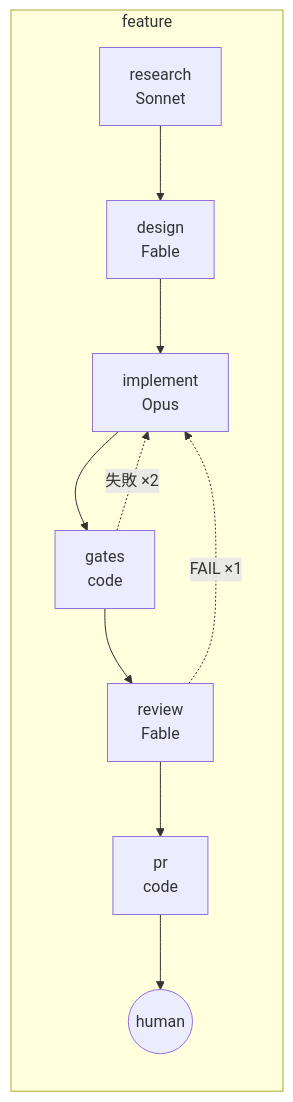
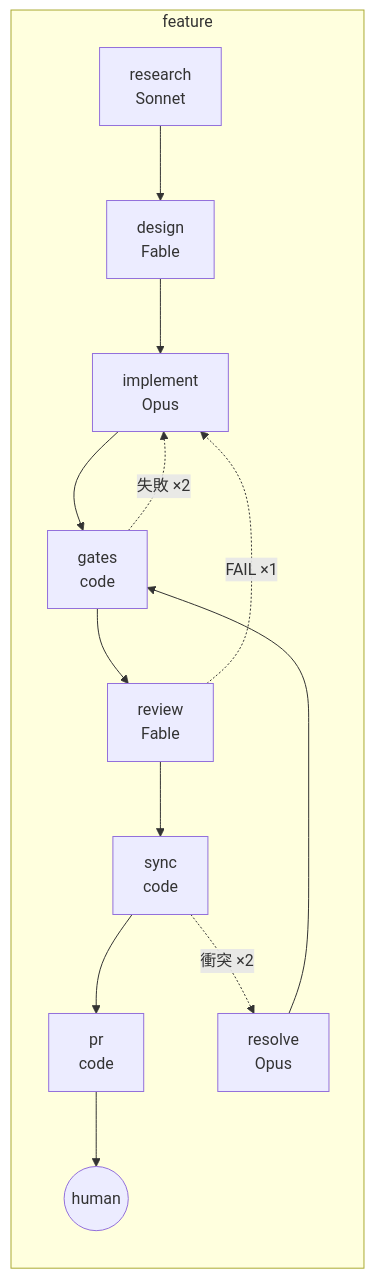
Before and after one commit to akkijp-oss/aifactory: the first of 4 diagrams in website/content/ja/guides/workflows.md, drawn with Mermaid. The commit also changed other lines of this file and 28 other files, not shown here.

````diff
--- a/website/content/ja/guides/workflows.md
+++ b/website/content/ja/guides/workflows.md
@@ -18,8 +18,9 @@
 ```mermaid
 flowchart LR
   subgraph feature
-    r1[research<br>Sonnet] --> d1[design<br>Fable] --> i1[implement<br>Opus] --> g1[gates<br>code] --> v1[review<br>Fable] --> p1[pr<br>code] --> h1((human))
+    r1[research<br>Sonnet] --> d1[design<br>Fable] --> i1[implement<br>Opus] --> g1[gates<br>code] --> v1[review<br>Fable] --> s1[sync<br>code] --> p1[pr<br>code] --> h1((human))
     g1 -. 失敗 ×2 .-> i1
     v1 -. FAIL ×1 .-> i1
+    s1 -. 衝突 ×2 .-> x1[resolve<br>Opus] --> g1
   end
 ```
````
